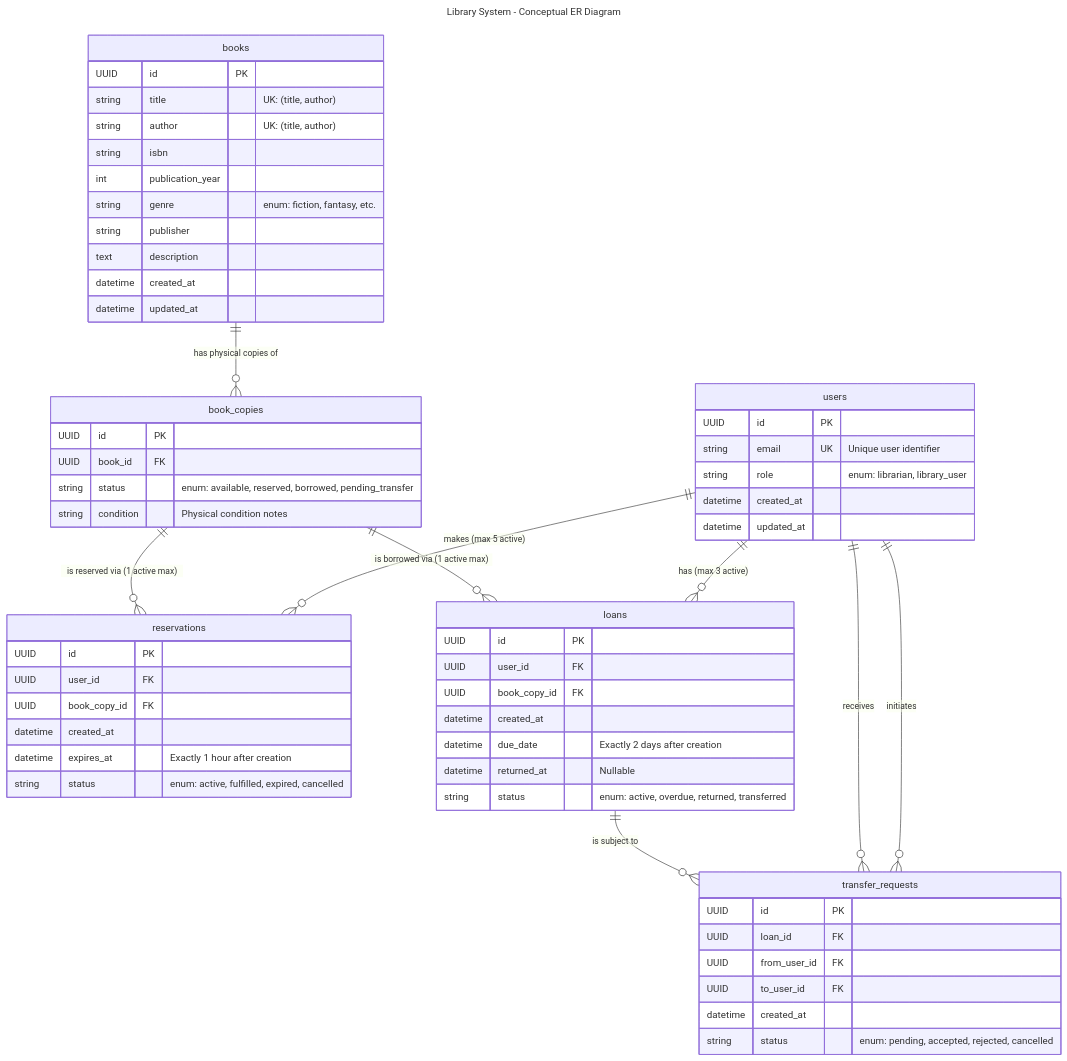
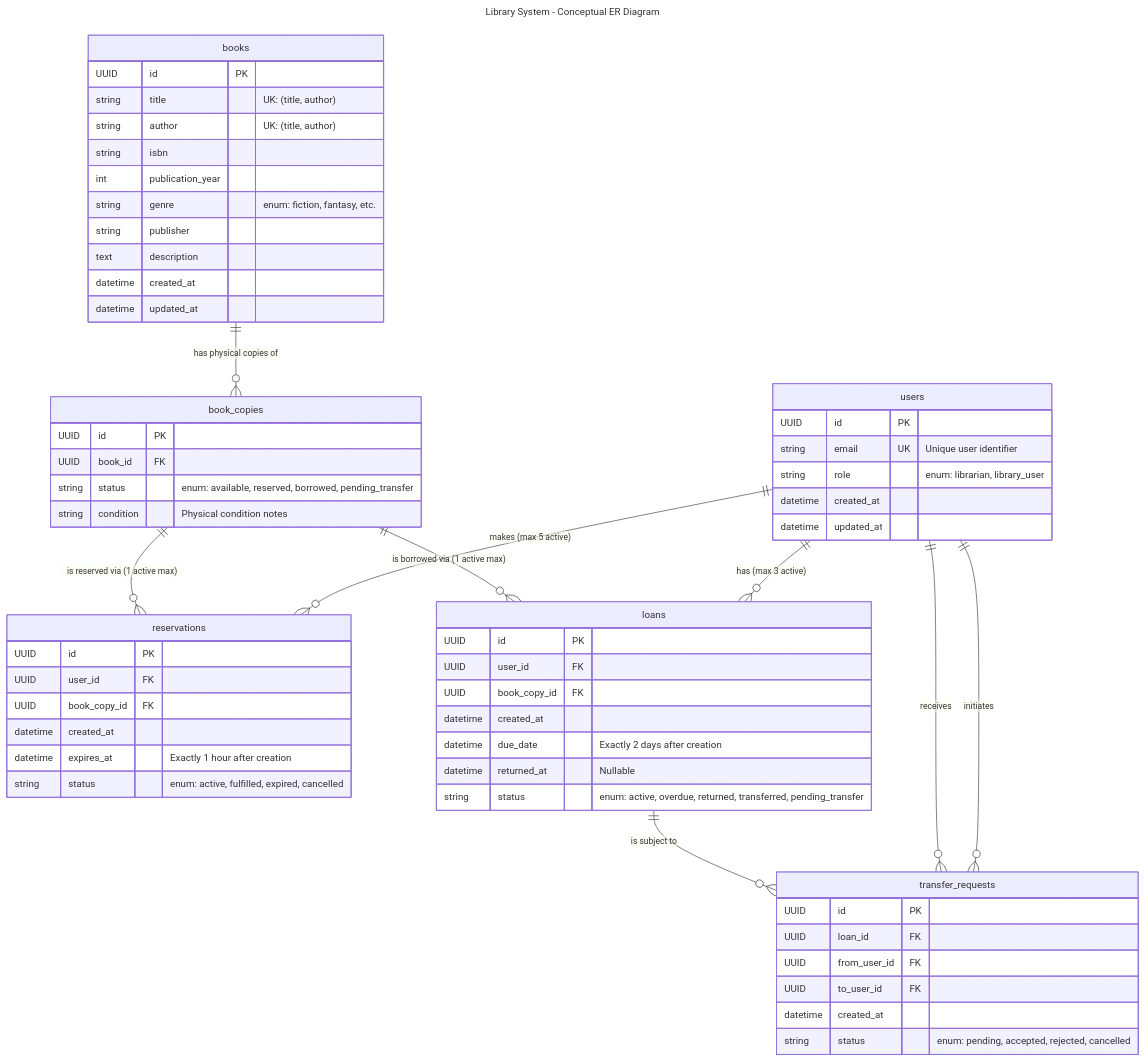
Before and after one commit to dsalazarl/library-system: the diagram in database-schema.md, drawn with Mermaid. The commit also changed 8 other files, not shown here.

````diff
--- a/database-schema.md
+++ b/database-schema.md
@@ -9,75 +9,75 @@
 ```mermaid
 ---
 title: Library System - Conceptual ER Diagram
 ---
 erDiagram
     %% Entities
     users {
         UUID id PK
         string email UK "Unique user identifier"
         string role "enum: librarian, library_user"
         datetime created_at
         datetime updated_at
     }
 
     books {
         UUID id PK
         string title "UK: (title, author)"
         string author "UK: (title, author)"
         string isbn
         int publication_year
         string genre "enum: fiction, fantasy, etc."
         string publisher
         text description
         datetime created_at
         datetime updated_at
     }
 
     book_copies {
         UUID id PK
         UUID book_id FK
         string status "enum: available, reserved, borrowed, pending_transfer"
         string condition "Physical condition notes"
     }
 
     reservations {
         UUID id PK
         UUID user_id FK
         UUID book_copy_id FK
         datetime created_at
         datetime expires_at "Exactly 1 hour after creation"
         string status "enum: active, fulfilled, expired, cancelled"
     }
 
     loans {
         UUID id PK
         UUID user_id FK
         UUID book_copy_id FK
         datetime created_at
         datetime due_date "Exactly 2 days after creation"
         datetime returned_at "Nullable"
-        string status "enum: active, overdue, returned, transferred"
+        string status "enum: active, overdue, returned, transferred, pending_transfer"
     }
 
     transfer_requests {
         UUID id PK
         UUID loan_id FK
         UUID from_user_id FK
         UUID to_user_id FK
         datetime created_at
         string status "enum: pending, accepted, rejected, cancelled"
     }
 
     %% Relationships
     users ||--o{ reservations : "makes (max 5 active)"
     users ||--o{ loans : "has (max 3 active)"
     users ||--o{ transfer_requests : "initiates"
     users ||--o{ transfer_requests : "receives"
     
     books ||--o{ book_copies : "has physical copies of"
     
     book_copies ||--o{ reservations : "is reserved via (1 active max)"
     book_copies ||--o{ loans : "is borrowed via (1 active max)"
     
     loans ||--o{ transfer_requests : "is subject to"
 ```
````
